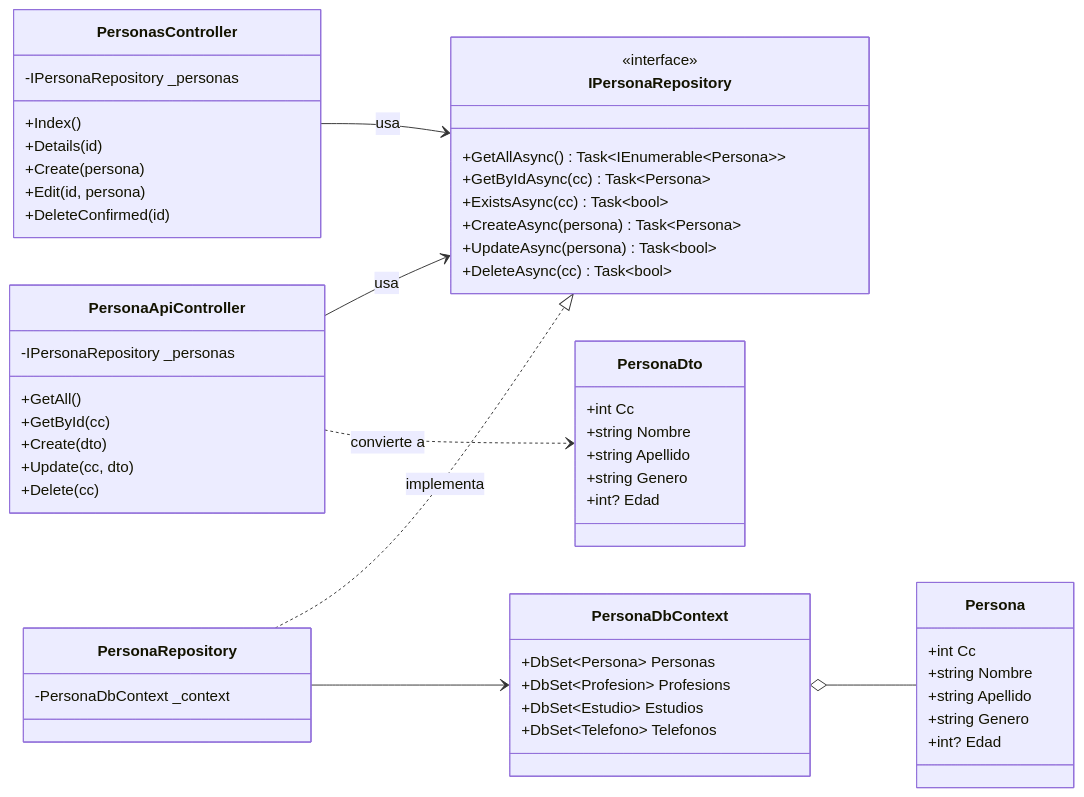
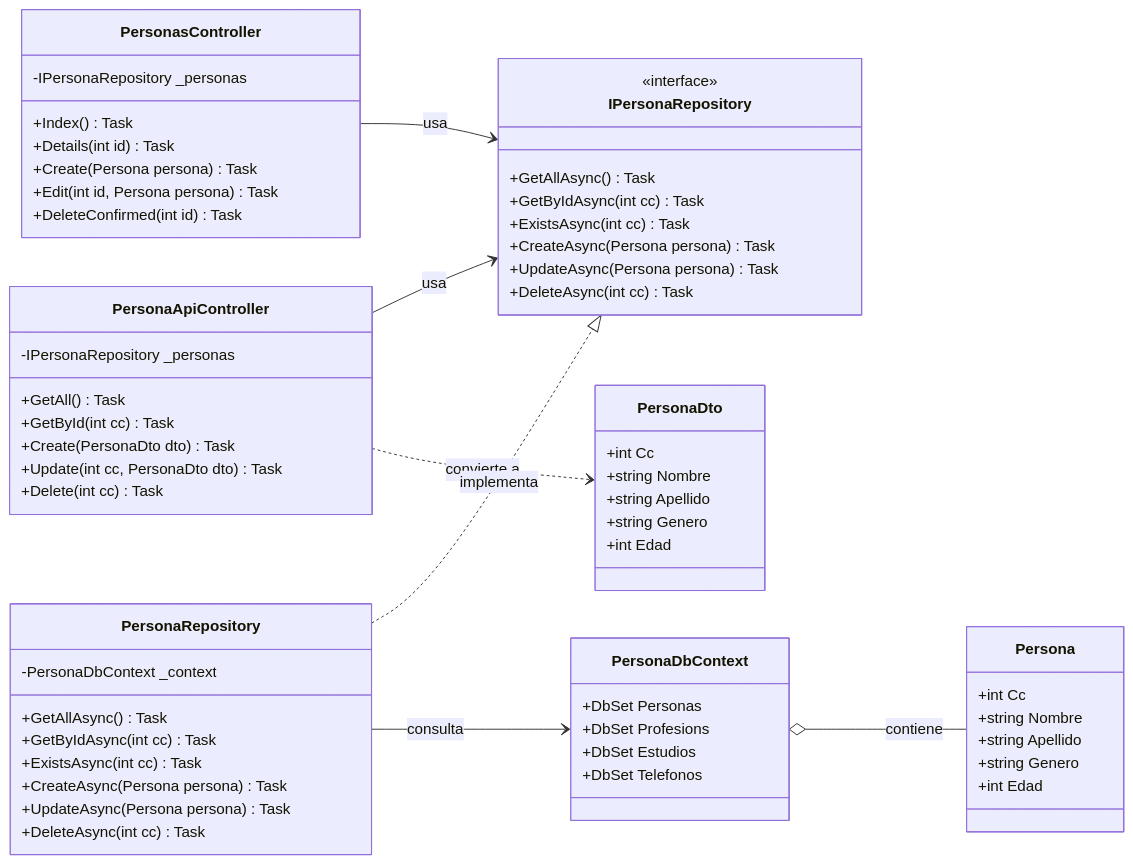
The fourth of 6 diagrams in docs/arquitectura-c4.md (KatheBravo/personapi-dotnet), drawn with Mermaid before and after one commit. The commit also changed 2 other files, not shown here.

Commit message:
docs: reorganiza README sin diagramas embebidos y corrige renderizado de C4 DAO

````diff
--- a/docs/arquitectura-c4.md
+++ b/docs/arquitectura-c4.md
@@ -143,58 +143,64 @@
 ```mermaid
 classDiagram
     direction LR
     class PersonasController {
         -IPersonaRepository _personas
-        +Index() 
-        +Details(id)
-        +Create(persona)
-        +Edit(id, persona)
-        +DeleteConfirmed(id)
+        +Index() Task
+        +Details(int id) Task
+        +Create(Persona persona) Task
+        +Edit(int id, Persona persona) Task
+        +DeleteConfirmed(int id) Task
     }
     class PersonaApiController {
         -IPersonaRepository _personas
-        +GetAll()
-        +GetById(cc)
-        +Create(dto)
-        +Update(cc, dto)
-        +Delete(cc)
+        +GetAll() Task
+        +GetById(int cc) Task
+        +Create(PersonaDto dto) Task
+        +Update(int cc, PersonaDto dto) Task
+        +Delete(int cc) Task
     }
     class IPersonaRepository {
         <<interface>>
-        +GetAllAsync() Task~IEnumerable~Persona~~
-        +GetByIdAsync(cc) Task~Persona~
-        +ExistsAsync(cc) Task~bool~
-        +CreateAsync(persona) Task~Persona~
-        +UpdateAsync(persona) Task~bool~
-        +DeleteAsync(cc) Task~bool~
+        +GetAllAsync() Task
+        +GetByIdAsync(int cc) Task
+        +ExistsAsync(int cc) Task
+        +CreateAsync(Persona persona) Task
+        +UpdateAsync(Persona persona) Task
+        +DeleteAsync(int cc) Task
     }
     class PersonaRepository {
         -PersonaDbContext _context
+        +GetAllAsync() Task
+        +GetByIdAsync(int cc) Task
+        +ExistsAsync(int cc) Task
+        +CreateAsync(Persona persona) Task
+        +UpdateAsync(Persona persona) Task
+        +DeleteAsync(int cc) Task
     }
     class PersonaDbContext {
-        +DbSet~Persona~ Personas
-        +DbSet~Profesion~ Profesions
-        +DbSet~Estudio~ Estudios
-        +DbSet~Telefono~ Telefonos
+        +DbSet Personas
+        +DbSet Profesions
+        +DbSet Estudios
+        +DbSet Telefonos
     }
     class Persona {
         +int Cc
         +string Nombre
         +string Apellido
         +string Genero
-        +int? Edad
+        +int Edad
     }
     class PersonaDto {
         +int Cc
         +string Nombre
         +string Apellido
         +string Genero
-        +int? Edad
+        +int Edad
     }
     PersonasController --> IPersonaRepository : usa
     PersonaApiController --> IPersonaRepository : usa
     PersonaApiController ..> PersonaDto : convierte a
     PersonaRepository ..|> IPersonaRepository : implementa
-    PersonaRepository --> PersonaDbContext
-    PersonaDbContext o-- Persona
+    PersonaRepository --> PersonaDbContext : consulta
+    PersonaDbContext o-- Persona : contiene
 ```
````
